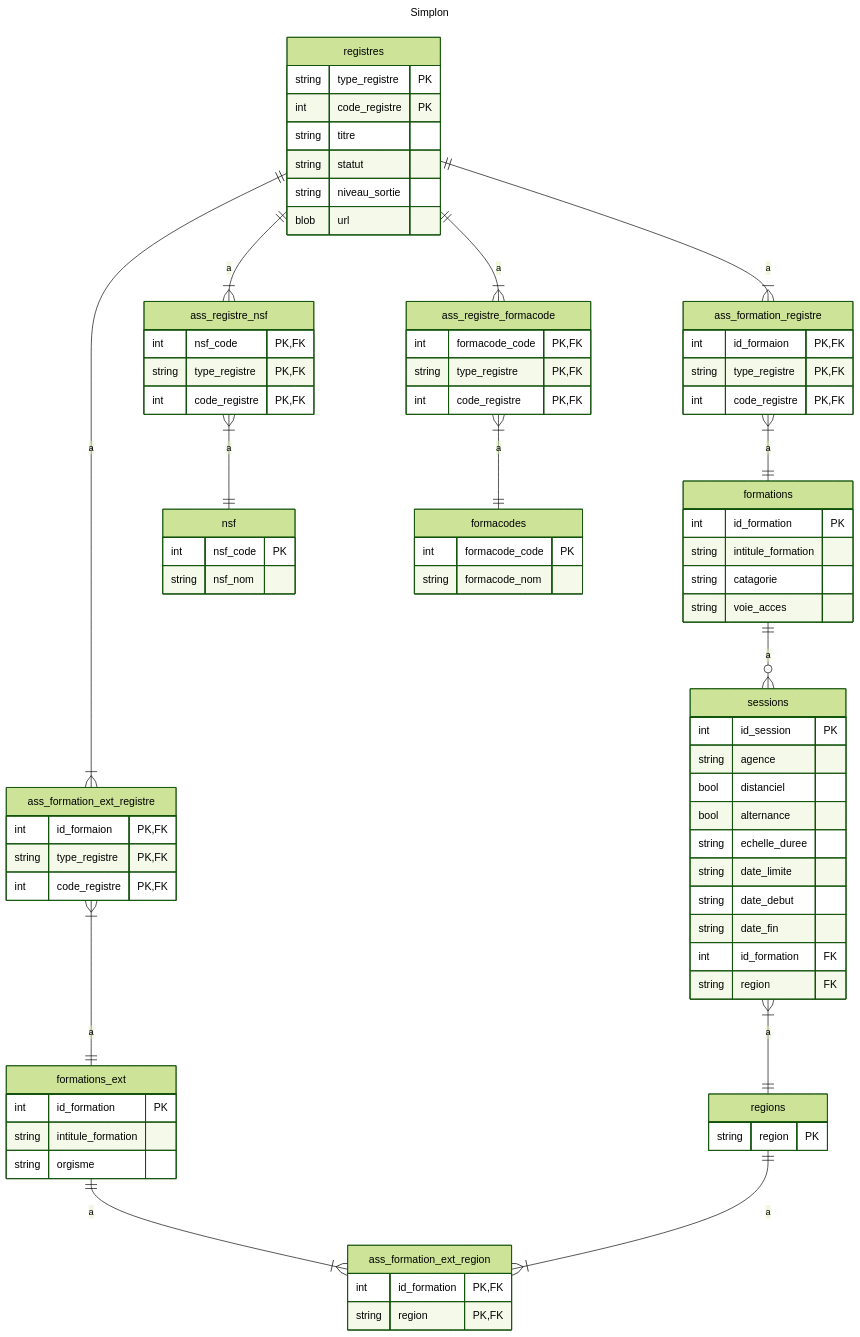
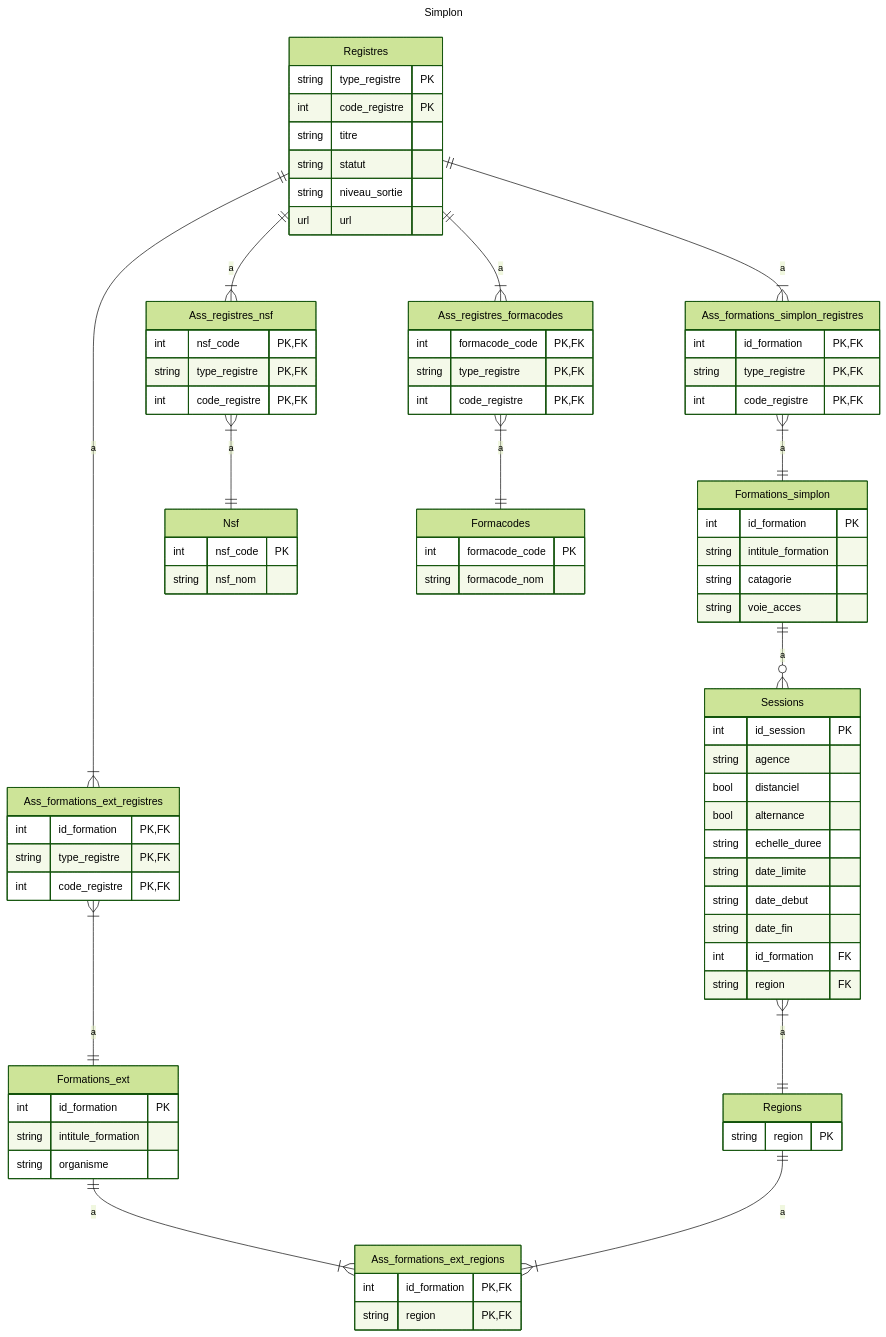
The diagram in README.md (GuilhemDolet/3_weeks_simplon_project), drawn with Mermaid (forest theme) before and after one commit.

Commit message:
MAJ READme

````diff
--- a/README.md
+++ b/README.md
@@ -4,18 +4,18 @@
 ---
 
 erDiagram
-    formations {
+    Formations_simplon {
         int id_formation PK
         string intitule_formation
         string catagorie
         string voie_acces
     }
-    formations_ext{
+    Formations_ext{
         int id_formation PK
         string intitule_formation
-        string orgisme
+        string organisme
     }
-    sessions {
+    Sessions {
         int id_session PK
         string agence
         bool distanciel
@@ -27,61 +27,61 @@
         int id_formation FK
         string region FK
     }
-    regions {
+    Regions {
         string region PK
     }
-    registres {
+    Registres {
         string type_registre PK
         int code_registre PK
         string titre
         string statut
         string niveau_sortie
-        blob url
+        url url
     }
-    nsf {
+    Nsf {
         int nsf_code PK
         string nsf_nom
     }
-    formacodes {
+    Formacodes {
         int formacode_code PK
         string formacode_nom
     }
-    ass_formation_registre {
-        int id_formaion PK, FK
+    Ass_formations_simplon_registres {
+        int id_formation PK, FK
         string type_registre PK, FK
         int code_registre PK, FK
     }
-    ass_formation_ext_registre {
-        int id_formaion PK, FK
+    Ass_formations_ext_registres {
+        int id_formation PK, FK
         string type_registre PK, FK
         int code_registre PK, FK
     }
-    ass_registre_nsf {
+    Ass_registres_nsf {
         int nsf_code PK, FK
         string type_registre PK, FK
         int code_registre PK, FK
     }
-    ass_registre_formacode {
+    Ass_registres_formacodes {
         int formacode_code PK, FK
         string type_registre PK, FK
         int code_registre PK, FK
     }
-    ass_formation_ext_region {
+    Ass_formations_ext_regions {
         int id_formation PK, FK
         string region PK, FK
     }
 
-    registres ||--|{ ass_registre_nsf : a
-    ass_registre_nsf }|--|| nsf : a
-    registres ||--|{ ass_registre_formacode : a
-    ass_registre_formacode }|--|| formacodes : a
-    registres ||--|{ ass_formation_registre : a
-    ass_formation_registre }|--|| formations : a
-    registres ||--|{ ass_formation_ext_registre : a
-    ass_formation_ext_registre }|--|| formations_ext : a 
-    formations ||--o{ sessions : a    
-    sessions }|--|| regions: a
-    formations_ext ||--|{ ass_formation_ext_region : a
-    regions ||--|{ ass_formation_ext_region : a 
+    Registres ||--|{ Ass_registres_nsf : a
+    Ass_registres_nsf }|--|| Nsf : a
+    Registres ||--|{ Ass_registres_formacodes : a
+    Ass_registres_formacodes }|--|| Formacodes : a
+    Registres ||--|{ Ass_formations_simplon_registres : a
+    Ass_formations_simplon_registres }|--|| Formations_simplon : a
+    Registres ||--|{ Ass_formations_ext_registres : a
+    Ass_formations_ext_registres }|--|| Formations_ext : a 
+    Formations_simplon ||--o{ Sessions : a    
+    Sessions }|--|| Regions: a
+    Formations_ext ||--|{ Ass_formations_ext_regions : a
+    Regions ||--|{ Ass_formations_ext_regions : a 
 
 ```
````
